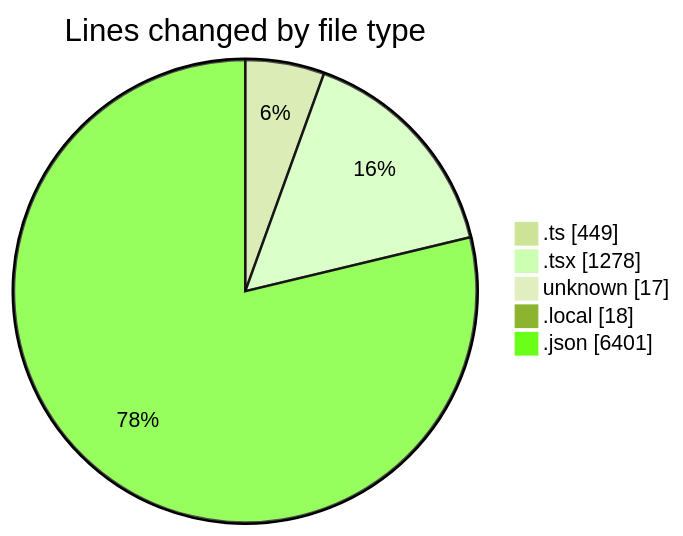
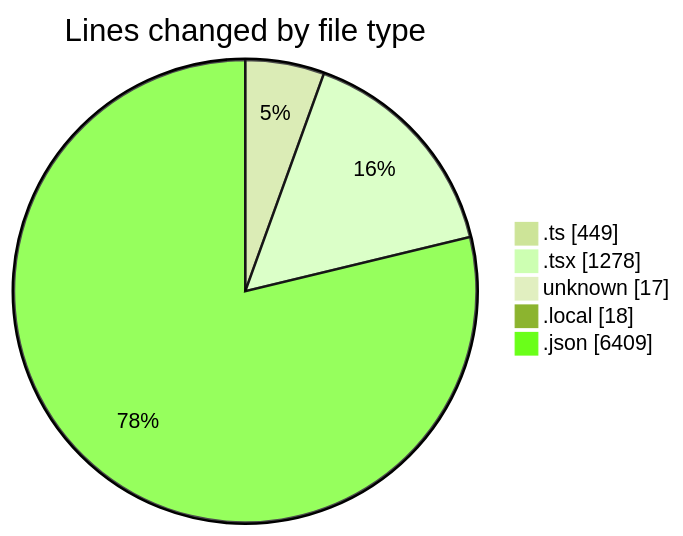
One commit to CELIANVF/code-tracking changed the first of 2 diagrams in 2025-05-16/ecodeli-1/README.md. Above: the diagram before and after it, drawn with Mermaid (forest theme). The commit also changed other lines of this file and 1 other file, not shown here.

````diff
--- a/2025-05-16/ecodeli-1/README.md
+++ b/2025-05-16/ecodeli-1/README.md
@@ -35,9 +36,9 @@
 ```mermaid
 pie showData
 title Lines changed by file type
 ".ts" : 449
 ".tsx" : 1278
 "unknown" : 17
 ".local" : 18
-".json" : 6401
+".json" : 6409
 ```
````
